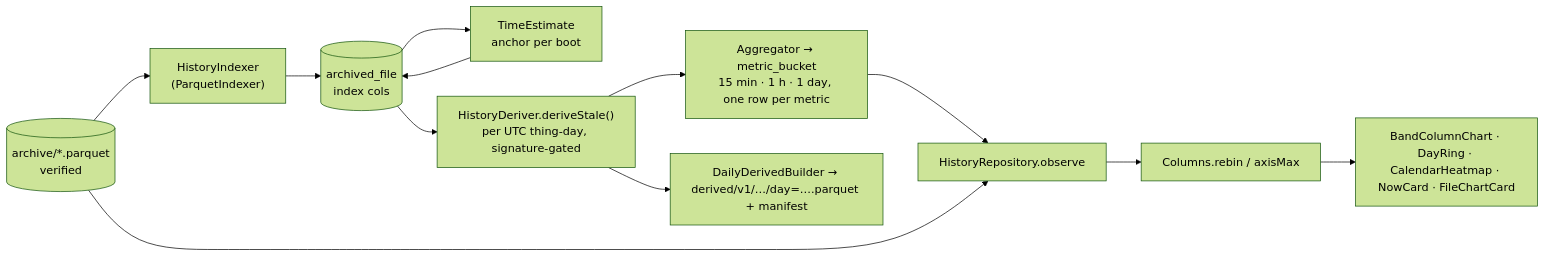
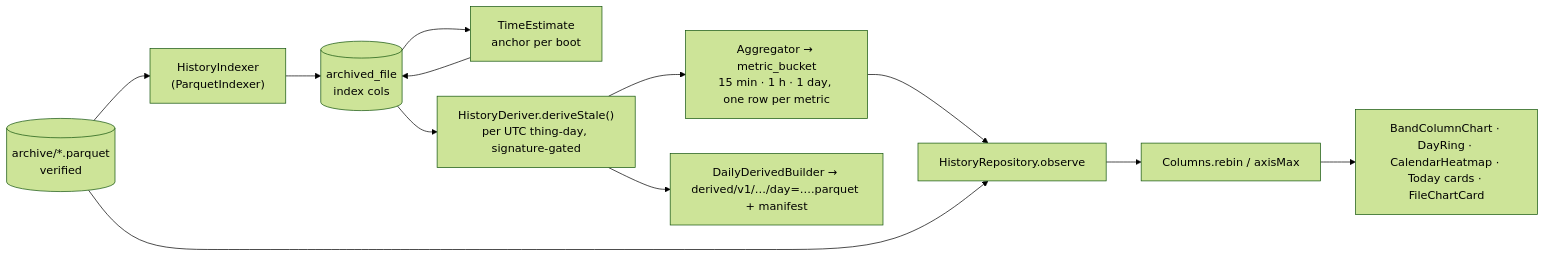
One commit to walkthru-earth/opensensor-space-mobile changed the first of 2 diagrams in docs/history-pipeline.md. Above: the diagram before and after it, drawn with Mermaid (forest theme). The commit also changed other lines of this file and 17 other files, not shown here.

First line of the commit message:
Sync the architecture, protocol and pipeline docs with the code

````diff
--- a/docs/history-pipeline.md
+++ b/docs/history-pipeline.md
@@ -11,14 +13,14 @@
 ```mermaid
 flowchart LR
   F[("archive/*.parquet<br/>verified")] --> I["HistoryIndexer<br/>(ParquetIndexer)"]
   I --> AF[("archived_file<br/>index cols")]
   AF --> TE["TimeEstimate<br/>anchor per boot"]
   TE --> AF
   AF --> DV["HistoryDeriver.deriveStale()<br/>per UTC thing-day, signature-gated"]
   DV --> AG["Aggregator → metric_bucket<br/>15 min · 1 h · 1 day, one row per metric"]
   DV --> DD["DailyDerivedBuilder → derived/v1/…/day=….parquet + manifest"]
   AG --> HR["HistoryRepository.observe"]
   F --> HR
   HR --> CO["Columns.rebin / axisMax"]
-  CO --> UI["BandColumnChart · DayRing · CalendarHeatmap · NowCard · FileChartCard"]
+  CO --> UI["BandColumnChart · DayRing · CalendarHeatmap · Today cards · FileChartCard"]
 ```
````
